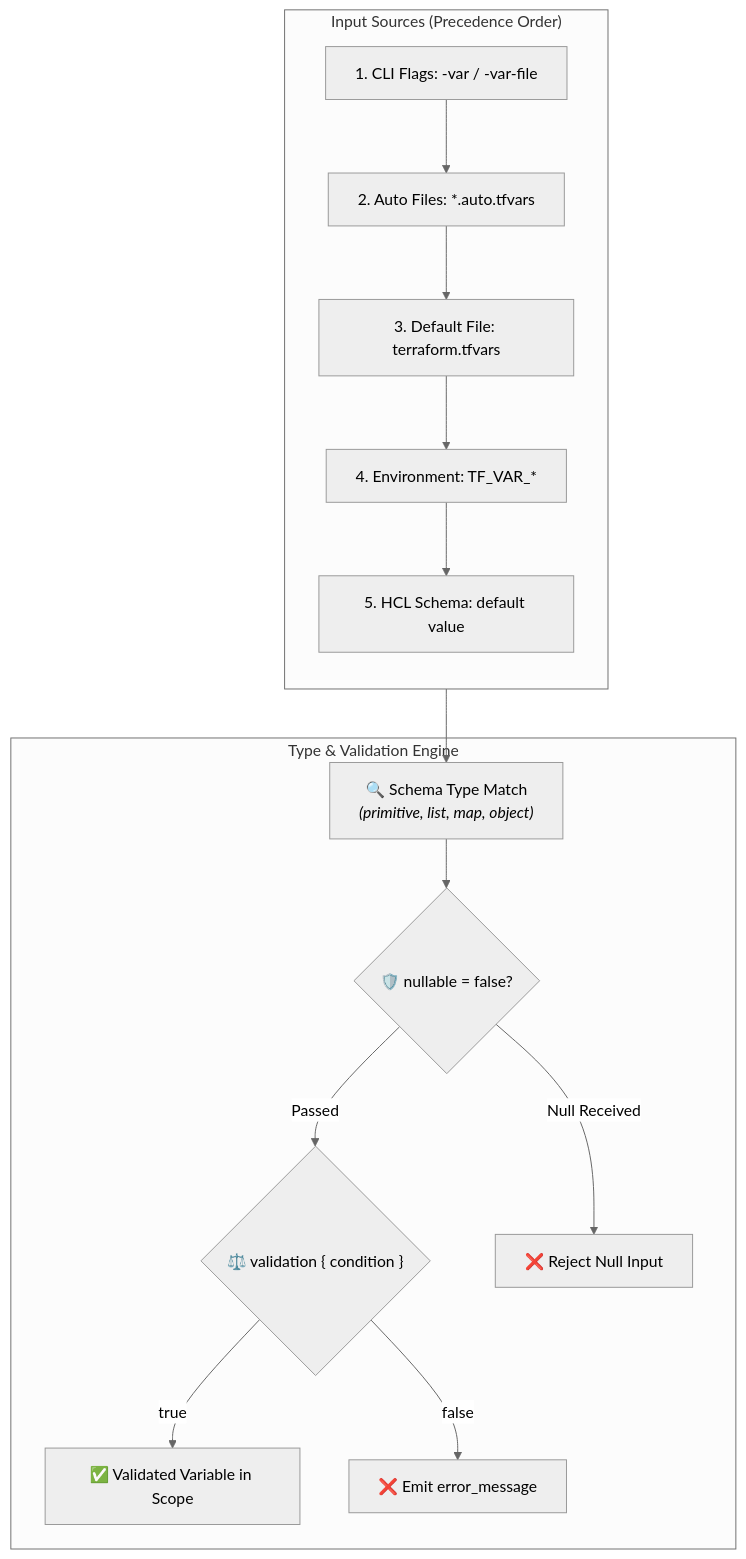
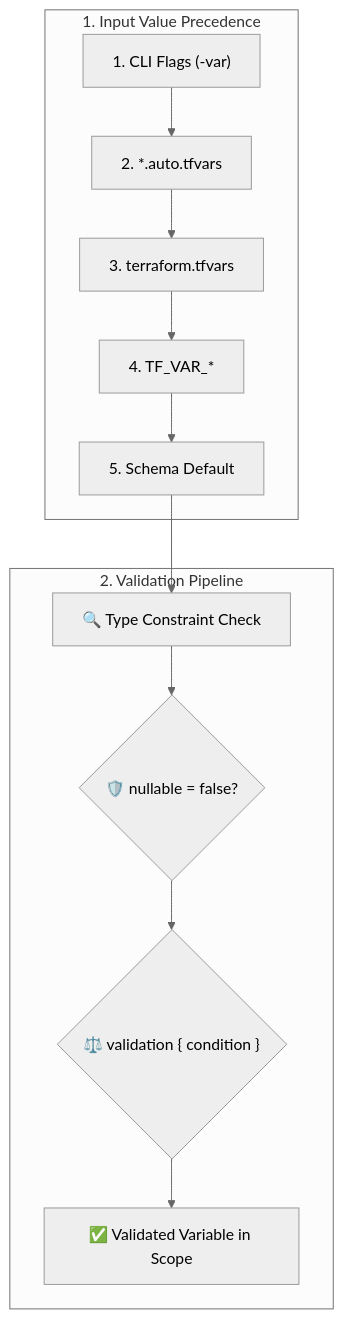
Before and after one commit to dnf0/terralings: the diagram in docs/guides/02-variables.md, drawn with Mermaid (neutral theme). The commit also changed other lines of this file and 18 other files, not shown here.

First line of the commit message:
docs(guides): simplify mermaid diagrams and add conceptual breakdowns (#24)

````diff
--- a/docs/guides/02-variables.md
+++ b/docs/guides/02-variables.md
@@ -17,21 +17,16 @@
 ```mermaid
 flowchart TD
-    subgraph Inputs["Input Sources (Precedence Order)"]
-        direction TB
-        P1["1. CLI Flags: -var / -var-file"]
-        P2["2. Auto Files: *.auto.tfvars"]
-        P3["3. Default File: terraform.tfvars"]
-        P4["4. Environment: TF_VAR_*"]
-        P5["5. HCL Schema: default value"]
-        P1 --> P2 --> P3 --> P4 --> P5
+    subgraph Precedence["1. Input Value Precedence"]
+        CLI["1. CLI Flags (-var)"] --> Auto["2. *.auto.tfvars"]
+        Auto --> DefaultFile["3. terraform.tfvars"]
+        DefaultFile --> EnvVar["4. TF_VAR_*"]
+        EnvVar --> SchemaDef["5. Schema Default"]
     end
 
-    subgraph TypeEngine["Type & Validation Engine"]
-        P5 --> Schema["🔍 Schema Type Match<br/><i>(primitive, list, map, object)</i>"]
-        Schema --> NullGuard{"🛡️ nullable = false?"}
-        NullGuard -->|"Passed"| CustomVal{"⚖️ validation { condition }"}
-        NullGuard -->|"Null Received"| NullErr["❌ Reject Null Input"]
-        CustomVal -->|"true"| ValidState["✅ Validated Variable in Scope"]
-        CustomVal -->|"false"| CustomErr["❌ Emit error_message"]
+    subgraph Validation["2. Validation Pipeline"]
+        SchemaDef --> TypeCheck["🔍 Type Constraint Check"]
+        TypeCheck --> NullGuard{"🛡️ nullable = false?"}
+        NullGuard --> CustomVal{"⚖️ validation { condition }"}
+        CustomVal --> Valid["✅ Validated Variable in Scope"]
     end
 ```
````
